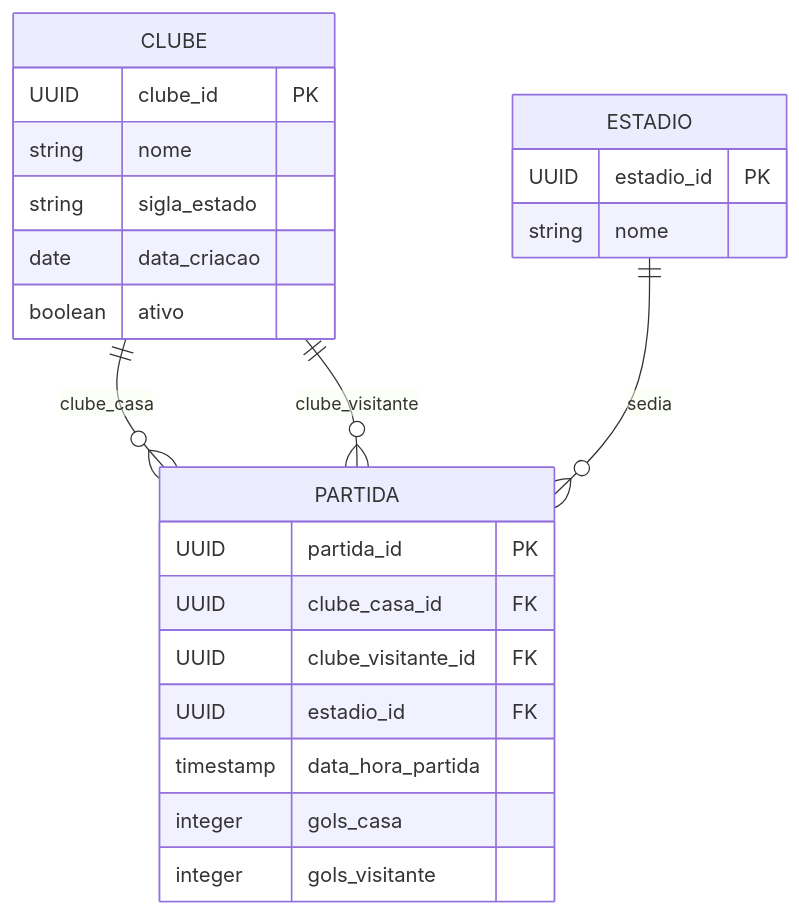
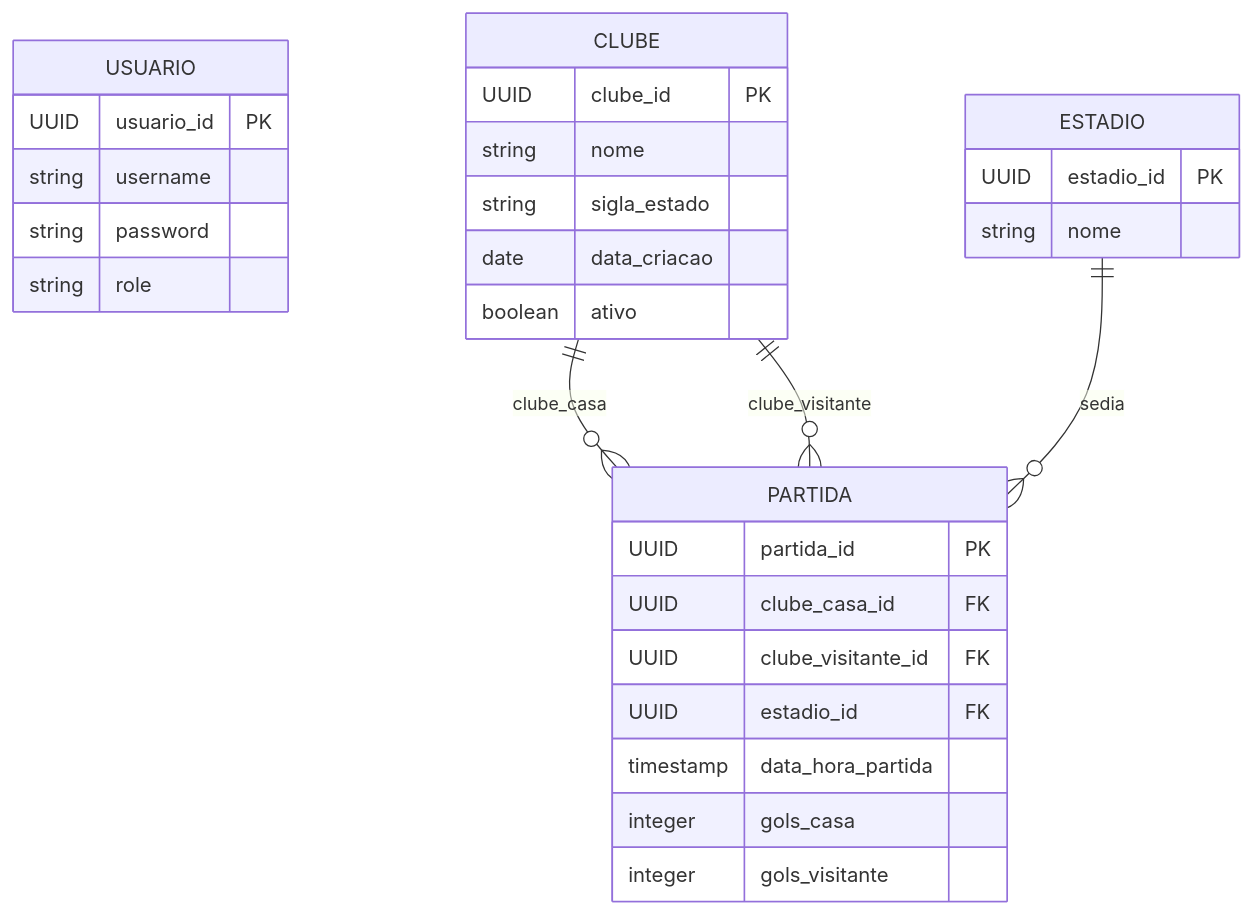
The second of 3 diagrams in README.md (silvio-tav/it-neocamp-partidas-futebol-api), drawn with Mermaid before and after one commit. The commit also changed other lines of this file, not shown here.

````diff
--- a/README.md
+++ b/README.md
@@ -111,29 +119,36 @@
 ```mermaid
 erDiagram
+    USUARIO {
+        UUID usuario_id PK
+        string username
+        string password
+        string role
+    }
+
     CLUBE ||--o{ PARTIDA : clube_casa
     CLUBE ||--o{ PARTIDA : clube_visitante
     ESTADIO ||--o{ PARTIDA : sedia
 
     CLUBE {
         UUID clube_id PK
         string nome
         string sigla_estado
         date data_criacao
         boolean ativo
     }
 
     ESTADIO {
         UUID estadio_id PK
         string nome
     }
 
     PARTIDA {
         UUID partida_id PK
         UUID clube_casa_id FK
         UUID clube_visitante_id FK
         UUID estadio_id FK
         timestamp data_hora_partida
         integer gols_casa
         integer gols_visitante
     }
 ```
````
